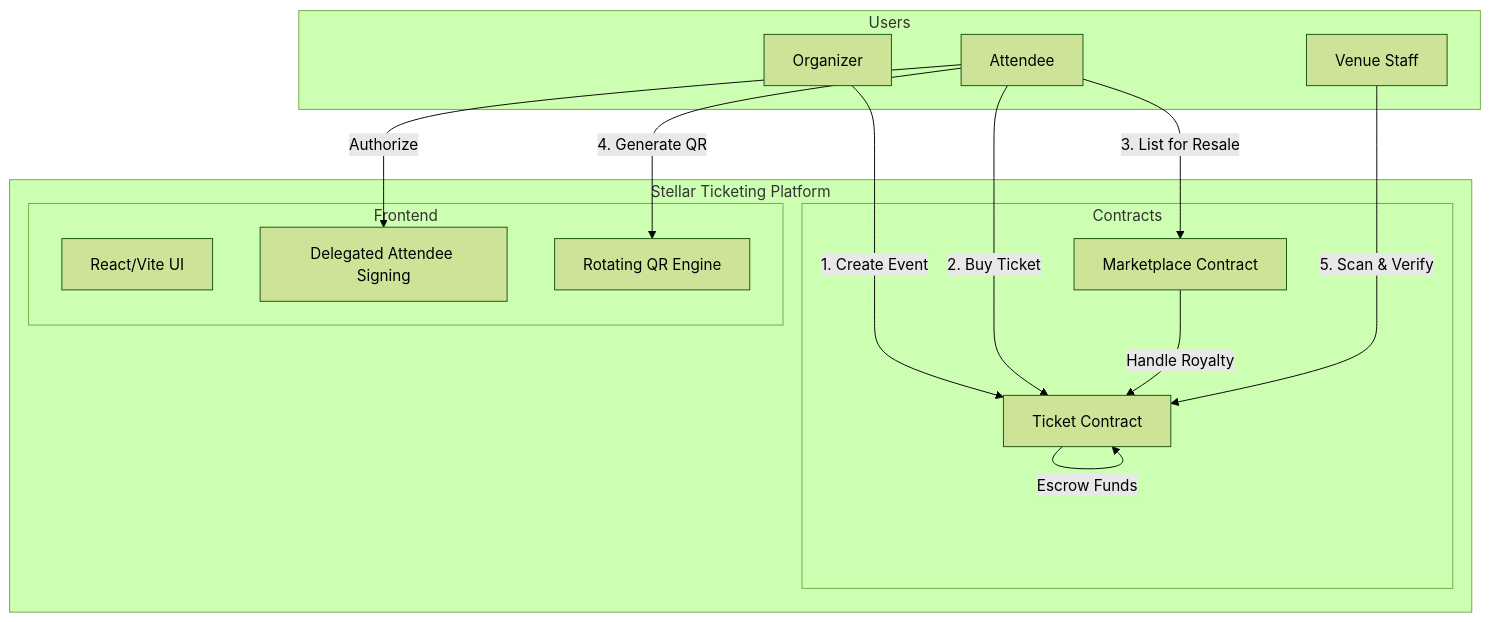
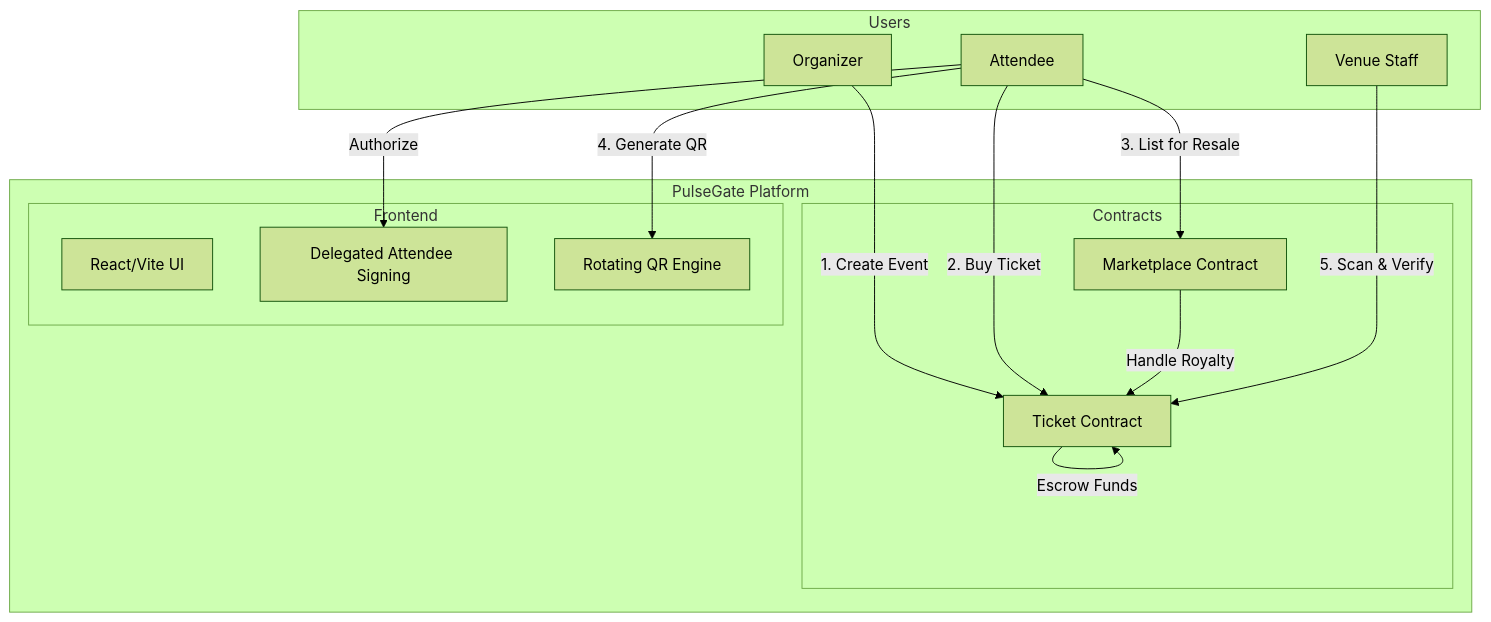
Before and after one commit to TusharDarsena/PulseGate: the diagram in README.md, drawn with Mermaid (forest theme). The commit also changed other lines of this file and 22 other files, not shown here.

````diff
--- a/README.md
+++ b/README.md
@@ -40,30 +40,30 @@
 ```mermaid
 graph TD
     subgraph Users
         O[Organizer]
         A[Attendee]
         V[Venue Staff]
     end
 
-    subgraph Stellar Ticketing Platform
+    subgraph PulseGate Platform
         subgraph Contracts
             TC[Ticket Contract]
             MC[Marketplace Contract]
         end
 
         subgraph Frontend
             UI[React/Vite UI]
             DW[Delegated Attendee Signing]
             QR[Rotating QR Engine]
         end
     end
 
     O -->|1. Create Event| TC
     A -->|2. Buy Ticket| TC
     A -->|Authorize| DW
     TC -->|Escrow Funds| TC
     A -->|3. List for Resale| MC
     MC -->|Handle Royalty| TC
     A -->|4. Generate QR| QR
     V -->|5. Scan & Verify| TC
 ```
````
